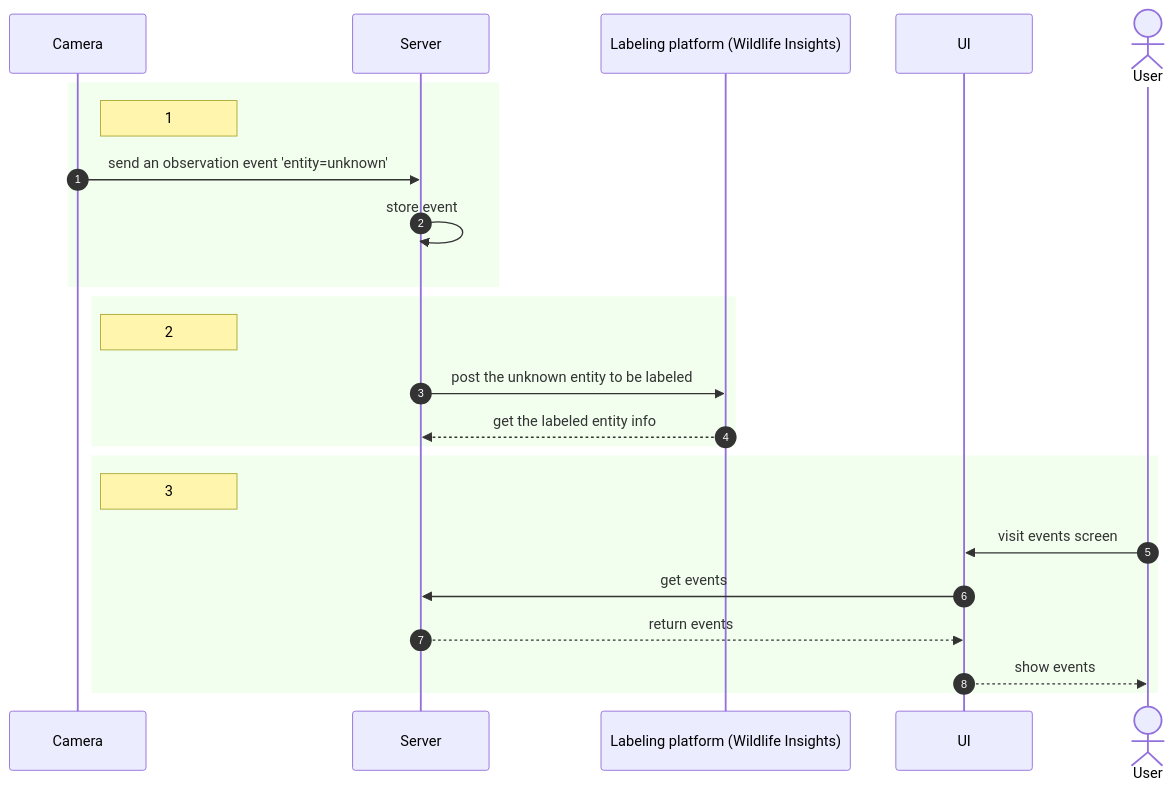
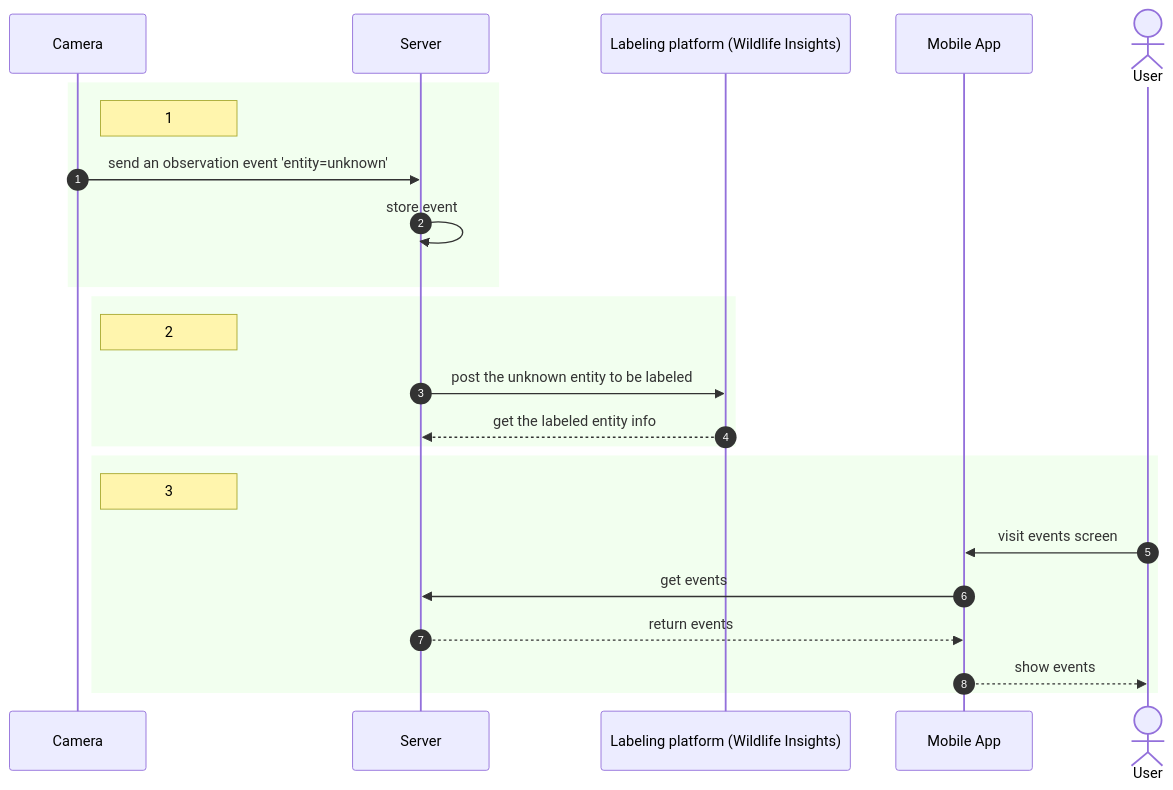
One commit to dscherbak/rapid-response-katas changed the second of 3 diagrams in README.md. Above: the diagram before and after it, drawn with Mermaid. The commit also changed other lines of this file, not shown here.

````diff
--- a/README.md
+++ b/README.md
@@ -206,30 +206,30 @@
 ```mermaid
 sequenceDiagram
   participant cam as Camera
   participant serv as Server
   participant lp as Labeling platform (Wildlife Insights)
-  participant ui as UI
+  participant ui as Mobile App
   actor u as User
   autonumber
 
   rect rgba(128, 255, 100, 0.1)
     note right of cam: 1
     cam ->> serv: send an observation event 'entity=unknown'
     serv ->> serv: store event
   end
 
   rect rgba(128, 255, 100, 0.1)
     note right of cam: 2
     serv ->> lp: post the unknown entity to be labeled
     lp -->> serv: get the labeled entity info
   end
 
   rect rgba(128, 255, 100, 0.1)
     note right of cam: 3
     u ->> ui: visit events screen
     ui ->> serv: get events
     serv -->> ui: return events
     ui -->> u: show events
   end
 
 ```
````
